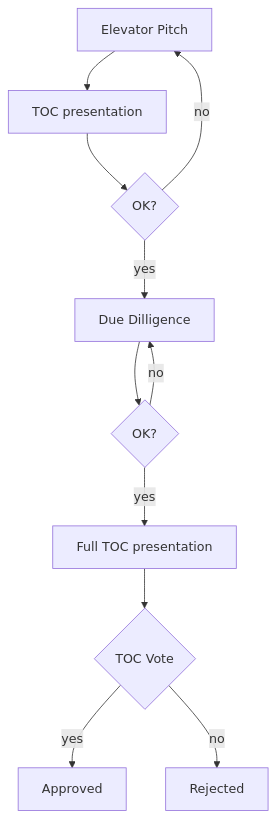
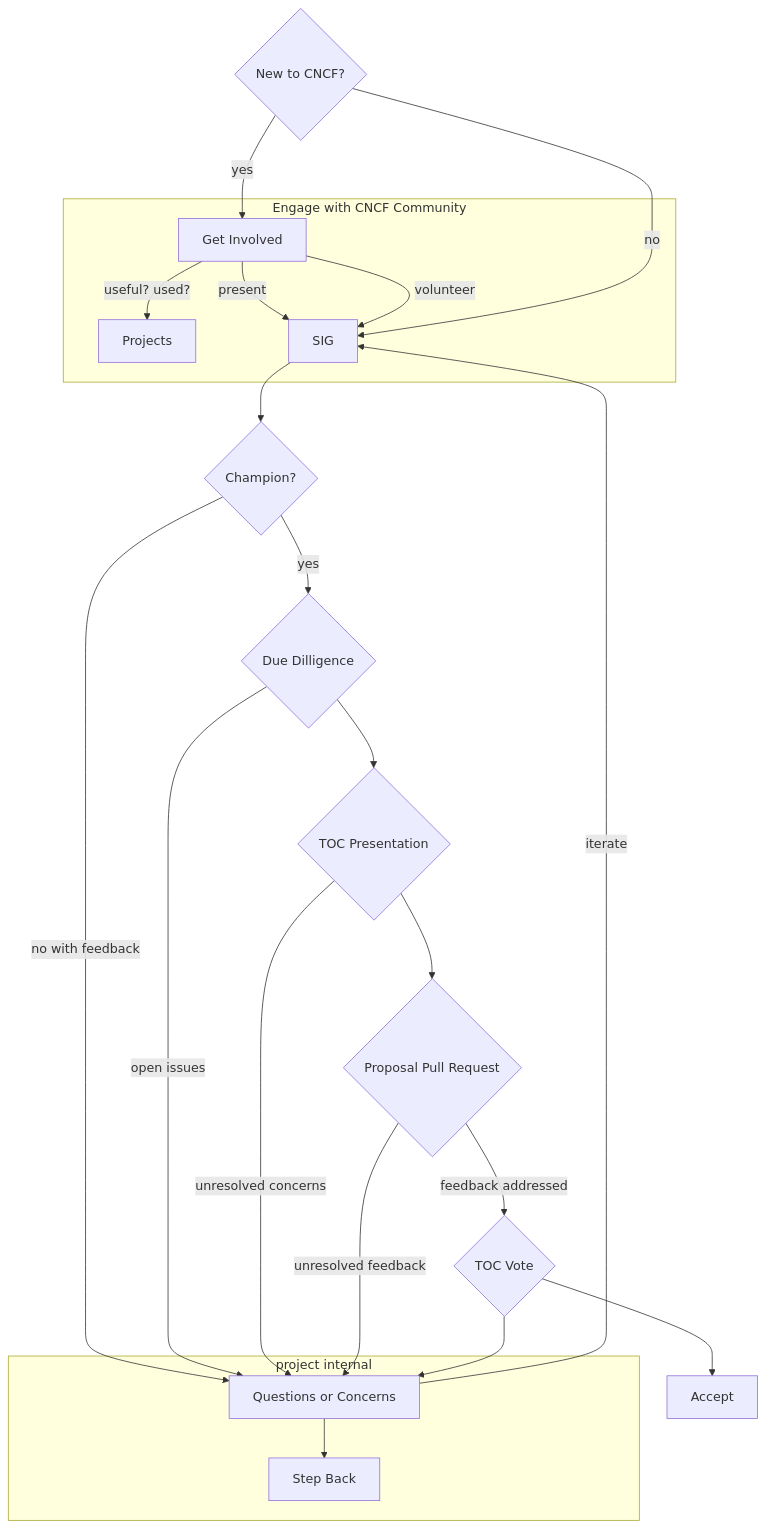
The diagram in process/diagram.mmd (cncf/toc), drawn with Mermaid before and after one commit. The commit also changed 2 other files, not shown here.

```diff
--- a/process/diagram.mmd
+++ b/process/diagram.mmd
@@ -1,17 +1,32 @@
 %% This is the source for flowchart diagram
 %% See: https://mermaidjs.github.io/#/flowchart
 %% setup: `yarn install`  (in this directory)
-%% regenerate diagram: ``
+%% regenerate diagram: `npm run diagram`
 %% or use [mermaid live editor](https://mermaidjs.github.io/mermaid-live-editor)
 
 graph TD
-    Pitch[Elevator Pitch] --> TOC1[TOC presentation]
-    TOC1 --> Check1{OK?}
-    Check1 --> |no| Pitch
-    Check1 --> |yes| DD[Due Dilligence]
-    DD --> Check2{OK?}
-    Check2 --> |no| DD
-    Check2 --> |yes| TOC2[Full TOC presentation]
-    TOC2 --> Vote{TOC Vote}
-    Vote --> |yes| Approved
-    Vote --> |no| Rejected
+  New{New to CNCF?} --> |yes| Engage[Get Involved]
+  subgraph Engage with CNCF Community 
+    Engage --> |useful? used?| Projects
+    Engage --> |present| SIG
+    Engage --> |volunteer| SIG
+  end
+  New{New to CNCF?} --> |no| SIG
+
+  SIG --> Champion{Champion?}
+  Champion --> |no with feedback| Reject
+  Champion --> |yes| DD{Due Dilligence}
+  DD --> |open issues| Reject
+  DD --> TOC1{TOC Presentation}
+  TOC1 --> |unresolved concerns| Reject
+  TOC1 --> PR{Proposal Pull Request}
+  PR --> |feedback addressed| Vote{TOC Vote}
+  PR --> |unresolved feedback| Reject
+  Vote --> Accept
+  Vote --> Reject
+
+  subgraph project internal
+    Reject[Questions or Concerns] --> |iterate| SIG
+    Reject --> Bye[Step Back]
+
+  end
```
